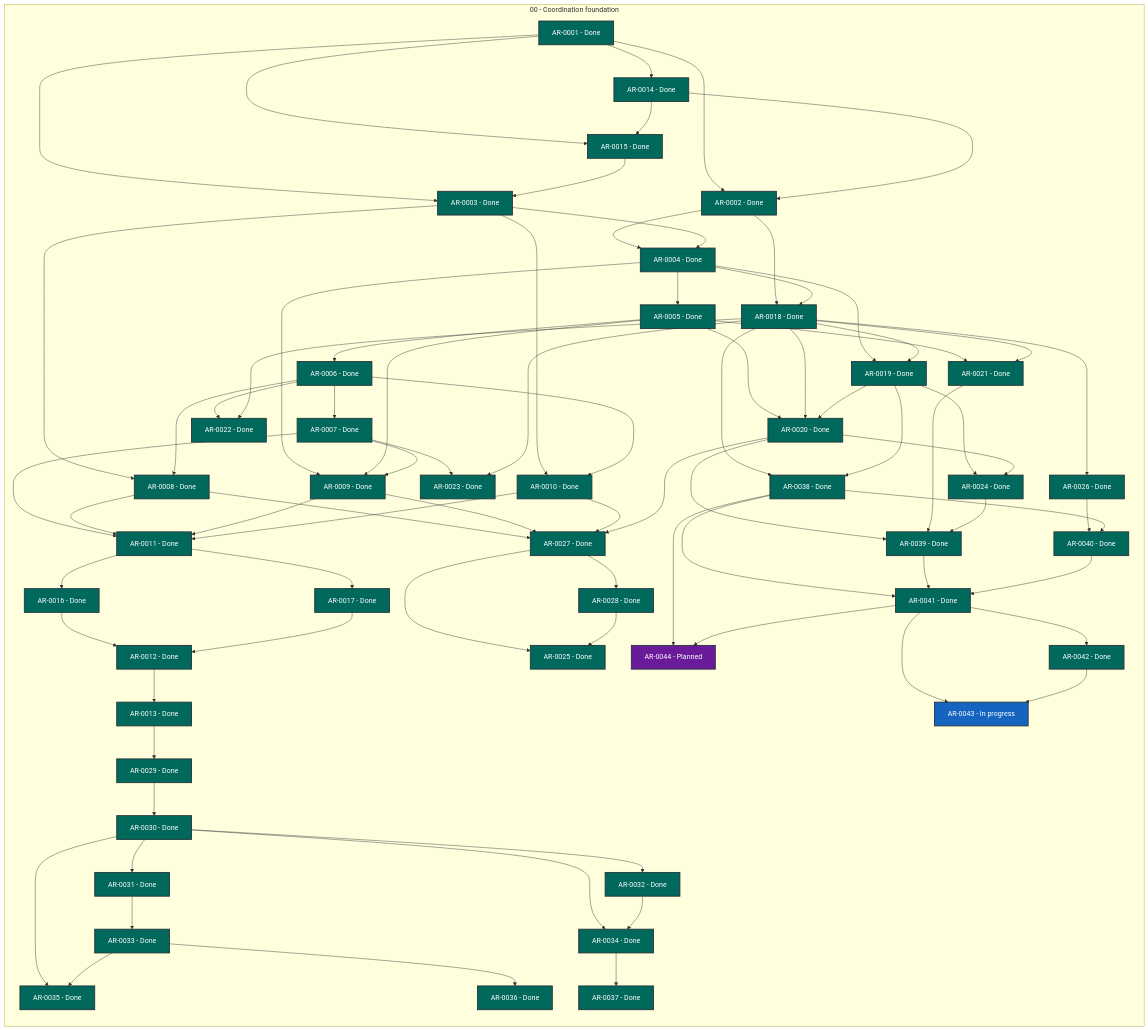
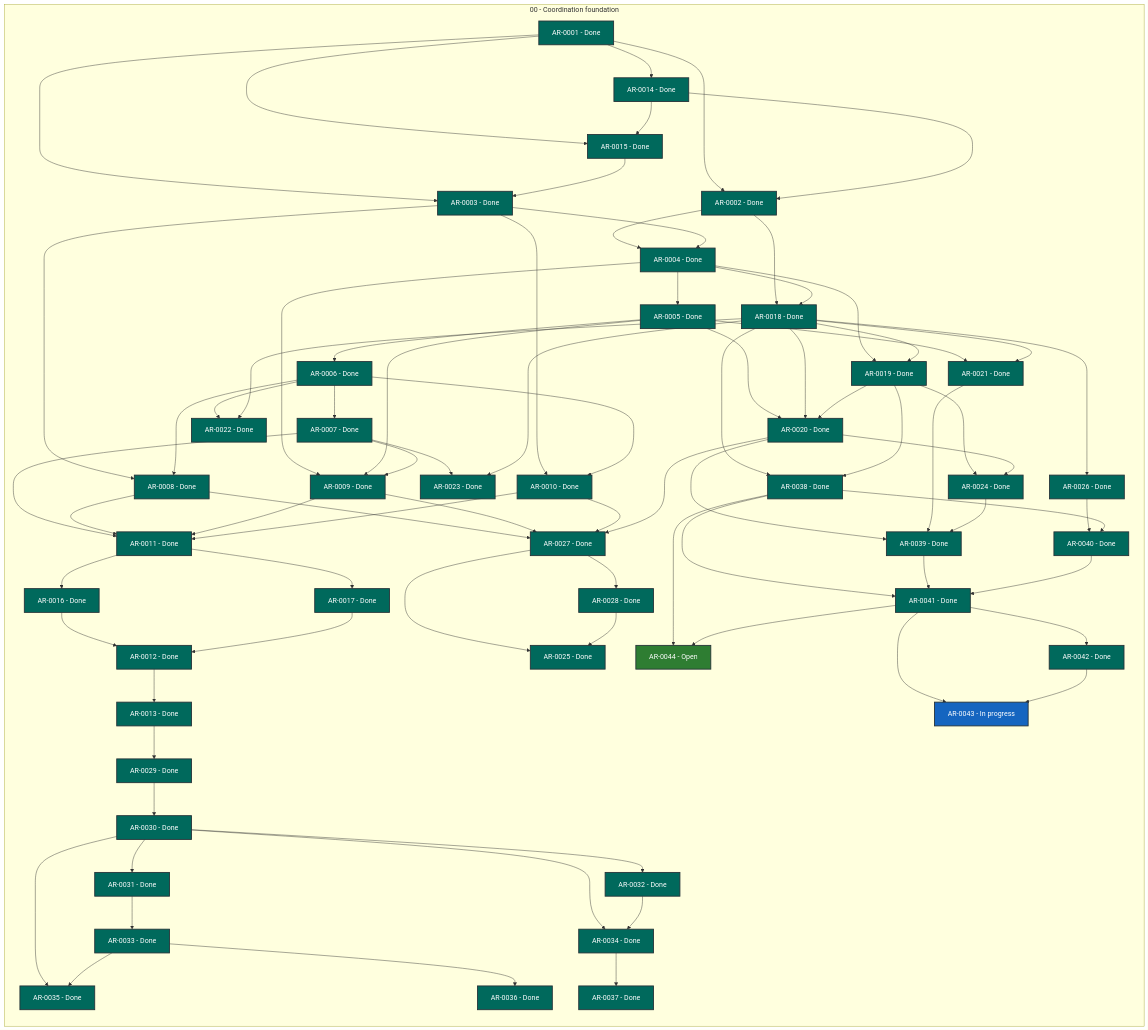
Before and after one commit to martin-beck/agent-workflow-tui-state: the diagram in STATUS.md, drawn with Mermaid. The commit also changed other lines of this file and 2 other files, not shown here.

```diff
--- a/STATUS.md
+++ b/STATUS.md
@@ -71,7 +71,7 @@
         AR_0041["AR-0041 - Done"]:::status_done
         AR_0042["AR-0042 - Done"]:::status_done
         AR_0043["AR-0043 - In progress"]:::status_in_progress
-        AR_0044["AR-0044 - Planned"]:::status_planned
+        AR_0044["AR-0044 - Open"]:::status_open
     end
     AR_0001 --> AR_0002
     AR_0001 --> AR_0003
```
